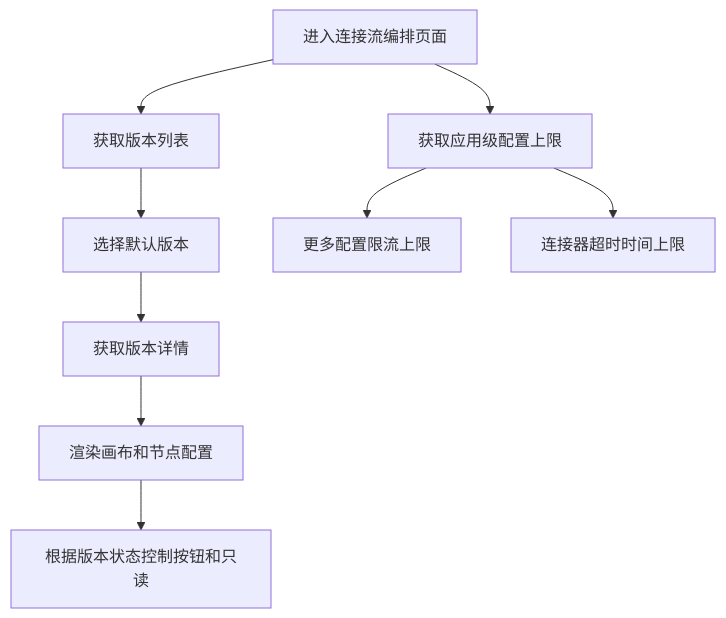
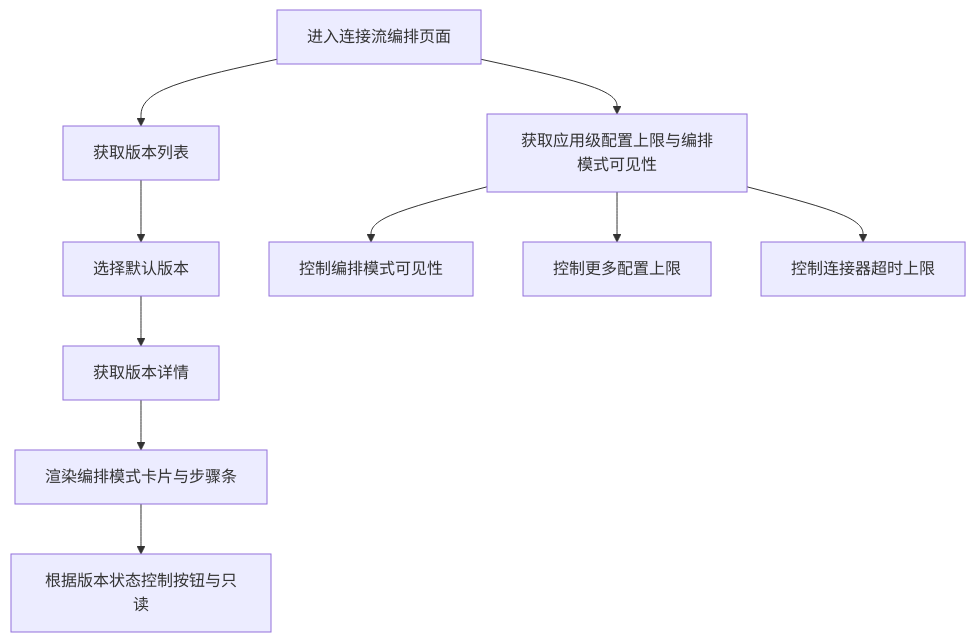
One commit to THZSummer/open-app changed the third of 17 diagrams in front/doc/2026年6月文档/连接流配置需求设计说明书.md. Above: the diagram before and after it, drawn with Mermaid. The commit also changed other lines of this file and 2 other files, not shown here.

````diff
--- a/front/doc/2026年6月文档/连接流配置需求设计说明书.md
+++ b/front/doc/2026年6月文档/连接流配置需求设计说明书.md
@@ -205,11 +217,12 @@
 ```mermaid
 flowchart TB
-  Init[进入连接流编排页面] --> LoadAppConfig[获取应用级配置上限]
+  Init[进入连接流编排页面] --> LoadAppConfig[获取应用级配置上限与编排模式可见性]
   Init --> LoadVersions[获取版本列表]
   LoadVersions --> SelectVersion[选择默认版本]
   SelectVersion --> LoadDetail[获取版本详情]
-  LoadDetail --> RenderCanvas[渲染画布和节点配置]
-  LoadAppConfig --> MoreConfig[更多配置限流上限]
-  LoadAppConfig --> ConnectorTimeout[连接器超时时间上限]
-  RenderCanvas --> StatusControl[根据版本状态控制按钮和只读]
+  LoadDetail --> RenderModeAndStepper[渲染编排模式卡片与步骤条]
+  LoadAppConfig --> ModeVisibility[控制编排模式可见性]
+  LoadAppConfig --> MoreConfig[控制更多配置上限]
+  LoadAppConfig --> ConnectorTimeout[控制连接器超时上限]
+  RenderModeAndStepper --> StatusControl[根据版本状态控制按钮与只读]
 ```
````
